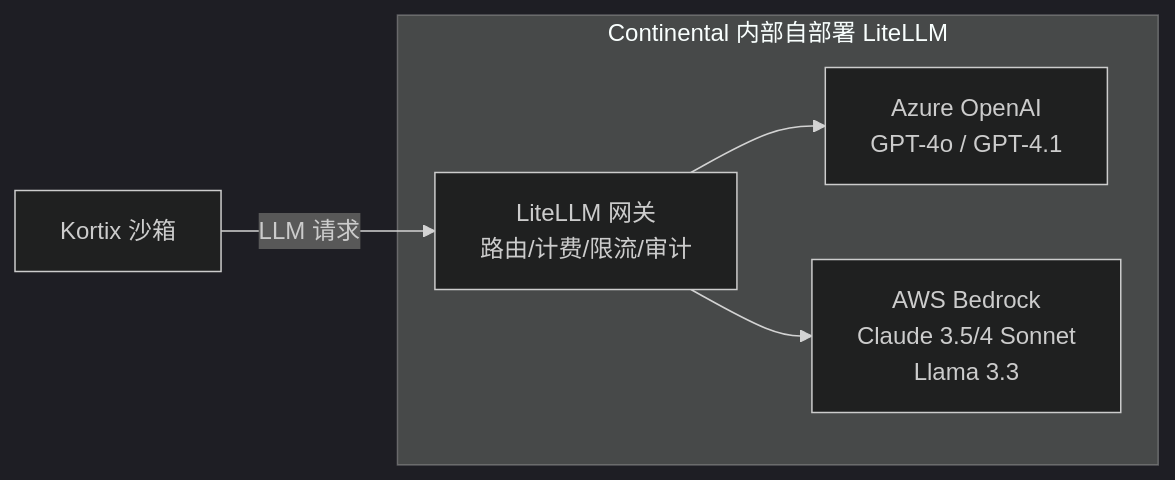
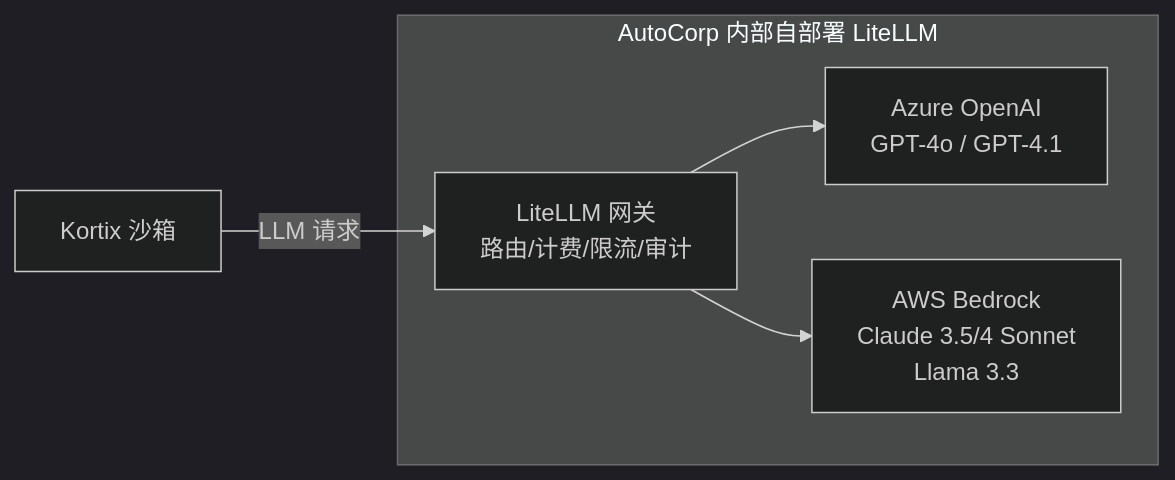
Before and after one commit to SilkLee/full-stack-guide: diagram 15 of 19 in suna-deep-dive.md, drawn with Mermaid (dark theme). The commit also changed other lines of this file, not shown here.

Commit message:
Replace all Continental references with AutoCorp (fake company name)

````diff
--- a/suna-deep-dive.md
+++ b/suna-deep-dive.md
@@ -1004,12 +1004,12 @@
 ```mermaid
 flowchart LR
-    subgraph CONTINENTAL["Continental 内部自部署 LiteLLM"]
+    subgraph AUTOCORP["AutoCorp 内部自部署 LiteLLM"]
         LITELLM_CORE["LiteLLM 网关<br/>路由/计费/限流/审计"]
         AZURE["Azure OpenAI<br/>GPT-4o / GPT-4.1"]
         AWS_BEDROCK["AWS Bedrock<br/>Claude 3.5/4 Sonnet<br/>Llama 3.3"]
     end
 
     KORTIX_SB["Kortix 沙箱"] -->|"LLM 请求"| LITELLM_CORE
     LITELLM_CORE --> AZURE
     LITELLM_CORE --> AWS_BEDROCK
 ```
````
